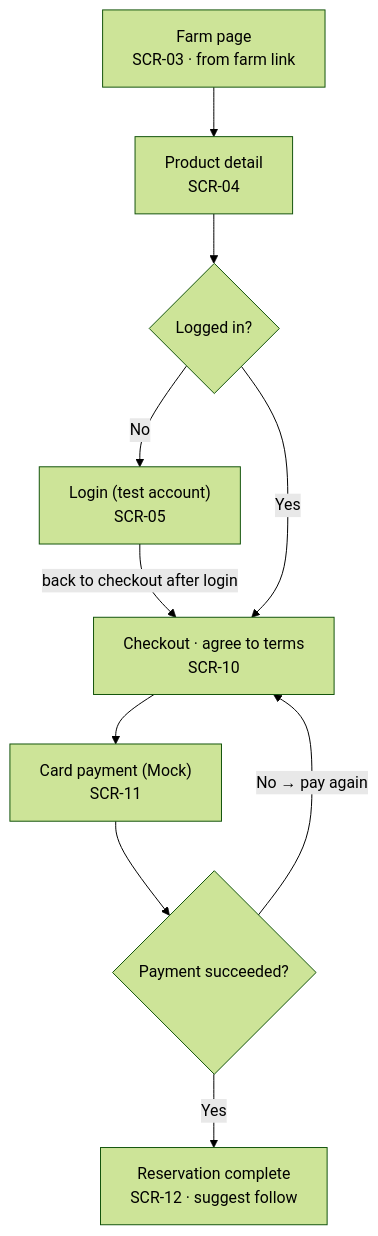
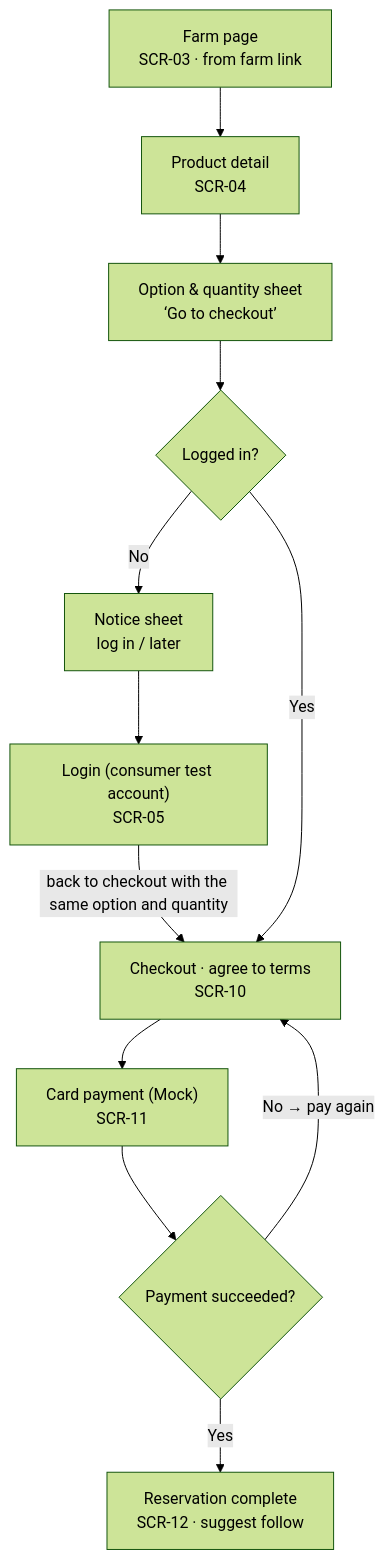
One commit to snuhcs-course/swpp-2026-project-team-06 changed the fourth of 5 diagrams in docs/wiki/Design-Documentation.md. Above: the diagram before and after it, drawn with Mermaid (forest theme). The commit also changed other lines of this file and 1 other file, not shown here.

````diff
--- a/docs/wiki/Design-Documentation.md
+++ b/docs/wiki/Design-Documentation.md
@@ -160,9 +179,9 @@
 ```mermaid
 flowchart TD
-  fp["Farm page<br/>SCR-03 · from farm link"] --> pd["Product detail<br/>SCR-04"] --> d1{"Logged in?"}
-  d1 -- No --> lg["Login (test account)<br/>SCR-05"]
-  lg -- back to checkout after login --> co
+  fp["Farm page<br/>SCR-03 · from farm link"] --> pd["Product detail<br/>SCR-04"] --> os["Option & quantity sheet<br/>‘Go to checkout’"] --> d1{"Logged in?"}
+  d1 -- No --> gate["Notice sheet<br/>log in / later"] --> lg["Login (consumer test account)<br/>SCR-05"]
+  lg -- back to checkout with the same option and quantity --> co
   d1 -- Yes --> co["Checkout · agree to terms<br/>SCR-10"] --> py["Card payment (Mock)<br/>SCR-11"] --> d2{"Payment succeeded?"}
   d2 -- No → pay again --> co
   d2 -- Yes --> dn["Reservation complete<br/>SCR-12 · suggest follow"]
 ```
````
